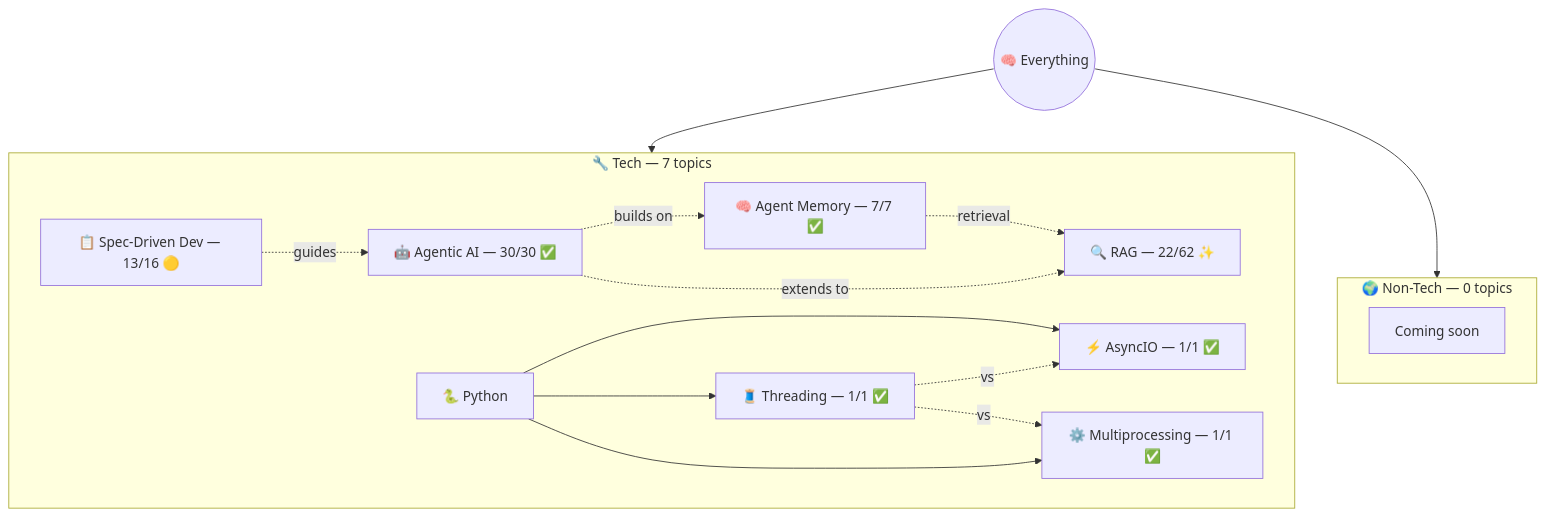
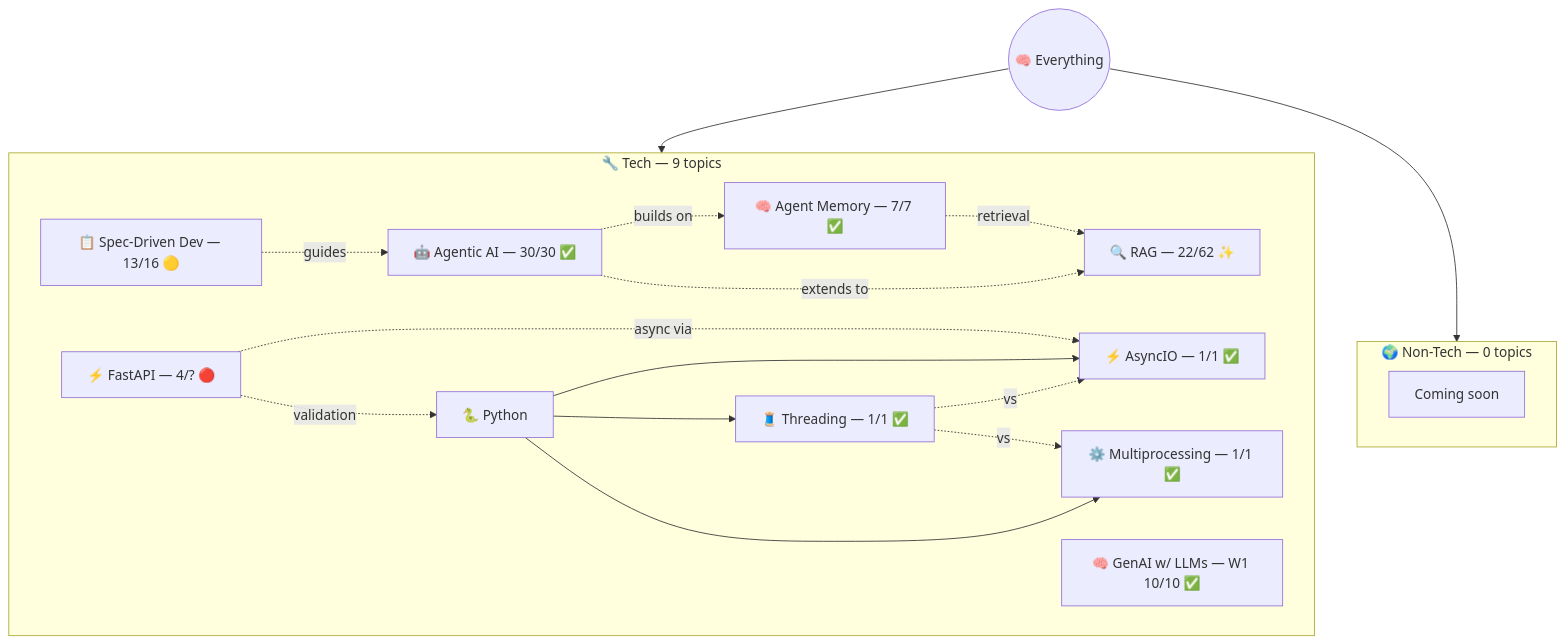
One commit to AyushSonuu/my-memory changed the diagram in _maps/everything.md. Above: the diagram before and after it, drawn with Mermaid. The commit also changed other lines of this file and 10 other files, not shown here.

Commit message:
🔄 sync: full Tier 1+2 vault sync — FastAPI added to maps, GenAI W1 nav complete, tracker refreshed, fastapi_blog reset

````diff
--- a/_maps/everything.md
+++ b/_maps/everything.md
@@ -5,28 +5,32 @@
 ```mermaid
 graph TB
     ROOT(("🧠 Everything"))
     
-    subgraph TECH ["🔧 Tech — 7 topics"]
+    subgraph TECH ["🔧 Tech — 9 topics"]
         AG["🤖 Agentic AI — 30/30 ✅"]
         AM["🧠 Agent Memory — 7/7 ✅"]
         RAG["🔍 RAG — 22/62 ✨"]
         SDD["📋 Spec-Driven Dev — 13/16 🟡"]
+        GN["🧠 GenAI w/ LLMs — W1 10/10 ✅"]
+        FA["⚡ FastAPI — 4/? 🔴"]
         PY["🐍 Python"]
         PY --> AIO["⚡ AsyncIO — 1/1 ✅"]
         PY --> THR["🧵 Threading — 1/1 ✅"]
         PY --> MP["⚙️ Multiprocessing — 1/1 ✅"]
         AG -.->|"builds on"| AM
         AM -.->|"retrieval"| RAG
         AG -.->|"extends to"| RAG
         SDD -.->|"guides"| AG
         THR -.->|"vs"| AIO
         THR -.->|"vs"| MP
+        FA -.->|"async via"| AIO
+        FA -.->|"validation"| PY
     end
 
     subgraph NT ["🌍 Non-Tech — 0 topics"]
         NTE["Coming soon"]
     end
 
     ROOT --> TECH
     ROOT --> NT
 ```
````
